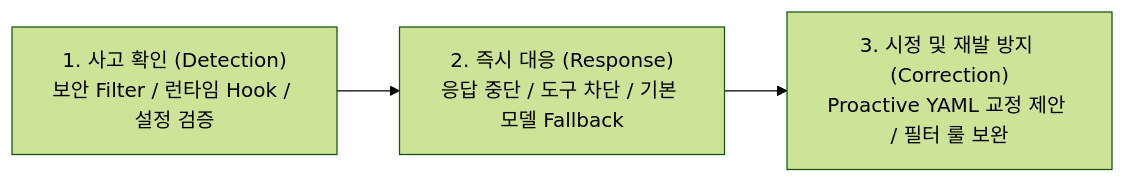
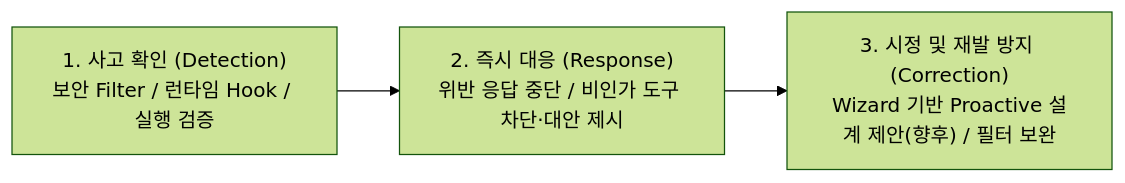
One commit to misjin05/playground changed the second of 2 diagrams in AIS/Reports/Slide22_23_Update.md. Above: the diagram before and after it, drawn with Mermaid (forest theme). The commit also changed other lines of this file and 1 other file, not shown here.

Commit message:
Refine Slide 23: remove Risk C and session isolation line, expand Risk B with Wizard proactive suggestion plan

````diff
--- a/AIS/Reports/Slide22_23_Update.md
+++ b/AIS/Reports/Slide22_23_Update.md
@@ -54,5 +54,5 @@
 ```mermaid
 graph LR
-    R1["1. 사고 확인 (Detection)<br/>보안 Filter / 런타임 Hook / 설정 검증"] --> R2["2. 즉시 대응 (Response)<br/>응답 중단 / 도구 차단 / 기본 모델 Fallback"]
-    R2 --> R3["3. 시정 및 재발 방지 (Correction)<br/>Proactive YAML 교정 제안 / 필터 룰 보완"]
+    R1["1. 사고 확인 (Detection)<br/>보안 Filter / 런타임 Hook / 실행 검증"] --> R2["2. 즉시 대응 (Response)<br/>위반 응답 중단 / 비인가 도구 차단·대안 제시"]
+    R2 --> R3["3. 시정 및 재발 방지 (Correction)<br/>Wizard 기반 Proactive 설계 제안(향후) / 필터 보완"]
 ```
````
